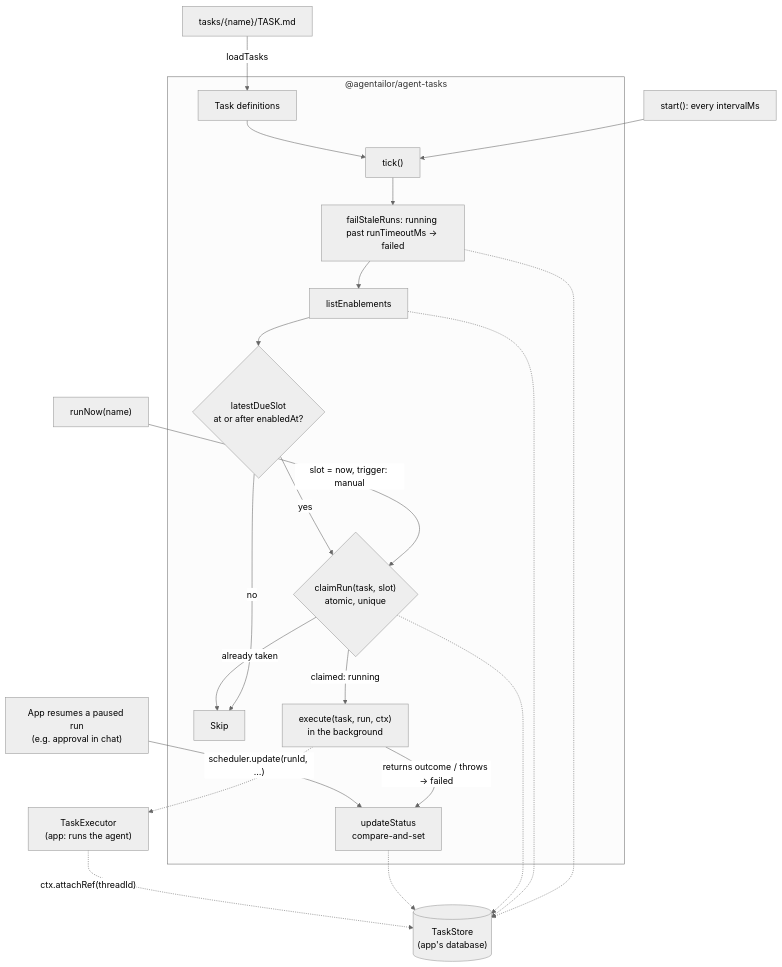
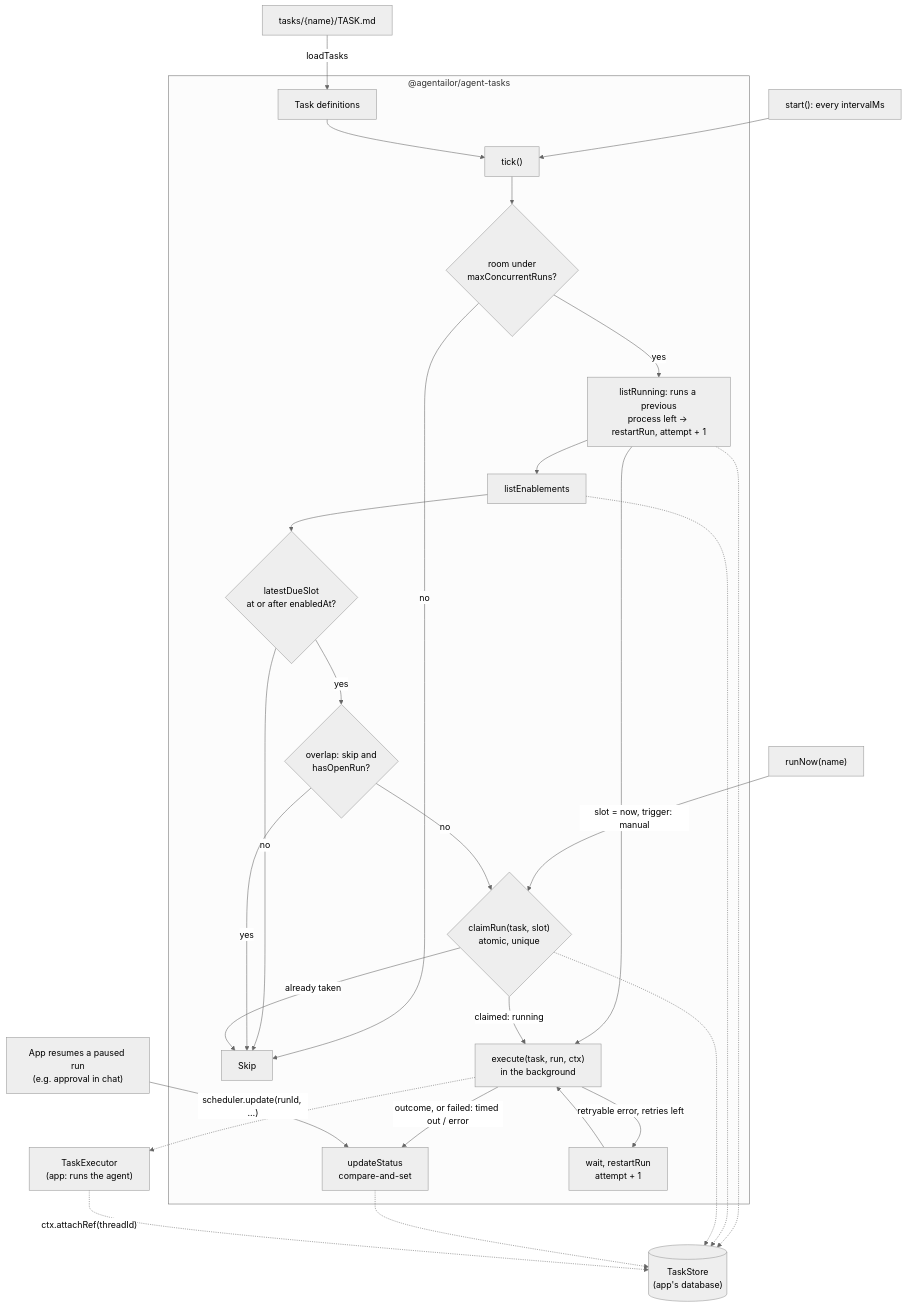
Before and after one commit to agentailor/cameron: the first of 2 diagrams in packages/agent-tasks/README.md, drawn with Mermaid (neutral theme). The commit also changed other lines of this file and 12 other files, not shown here.

````diff
--- a/packages/agent-tasks/README.md
+++ b/packages/agent-tasks/README.md
@@ -46,28 +50,35 @@
 ```mermaid
 flowchart TD
   files["tasks/{name}/TASK.md"] -->|loadTasks| defs[Task definitions]
   timer["start(): every intervalMs"] --> tick
   runNow["runNow(name)"] -->|"slot = now, trigger: manual"| claim
 
   subgraph pkg ["@agentailor/agent-tasks"]
     defs --> tick["tick()"]
-    tick --> stale["failStaleRuns: running past runTimeoutMs → failed"]
-    stale --> enabled["listEnablements"]
+    tick --> cap{"room under<br/>maxConcurrentRuns?"}
+    cap -->|no| skip
+    cap -->|yes| orphans["listRunning: runs a previous<br/>process left → restartRun, attempt + 1"]
+    orphans --> exec
+    orphans --> enabled["listEnablements"]
     enabled --> slot{"latestDueSlot<br/>at or after enabledAt?"}
     slot -->|no| skip[Skip]
-    slot -->|yes| claim{"claimRun(task, slot)<br/>atomic, unique"}
+    slot -->|yes| overlap{"overlap: skip and<br/>hasOpenRun?"}
+    overlap -->|yes| skip
+    overlap -->|no| claim{"claimRun(task, slot)<br/>atomic, unique"}
     claim -->|already taken| skip
     claim -->|claimed: running| exec["execute(task, run, ctx)<br/>in the background"]
-    exec -->|"returns outcome / throws → failed"| record["updateStatus<br/>compare-and-set"]
+    exec -->|"outcome, or failed: timed out / error"| record["updateStatus<br/>compare-and-set"]
+    exec -->|"retryable error, retries left"| retry["wait, restartRun<br/>attempt + 1"]
+    retry --> exec
   end
 
   store[("TaskStore<br/>(app's database)")]
   executor["TaskExecutor<br/>(app: runs the agent)"]
-  stale -.-> store
+  orphans -.-> store
   enabled -.-> store
   claim -.-> store
   record -.-> store
   exec -.-> executor
   executor -.->|"ctx.attachRef(threadId)"| store
   app["App resumes a paused run<br/>(e.g. approval in chat)"] -->|"scheduler.update(runId, …)"| record
 ```
````
